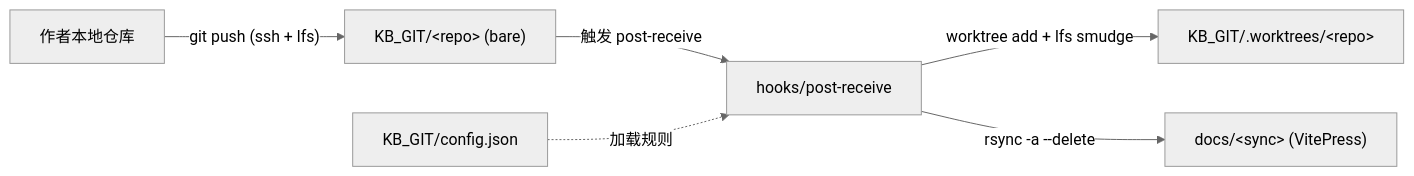
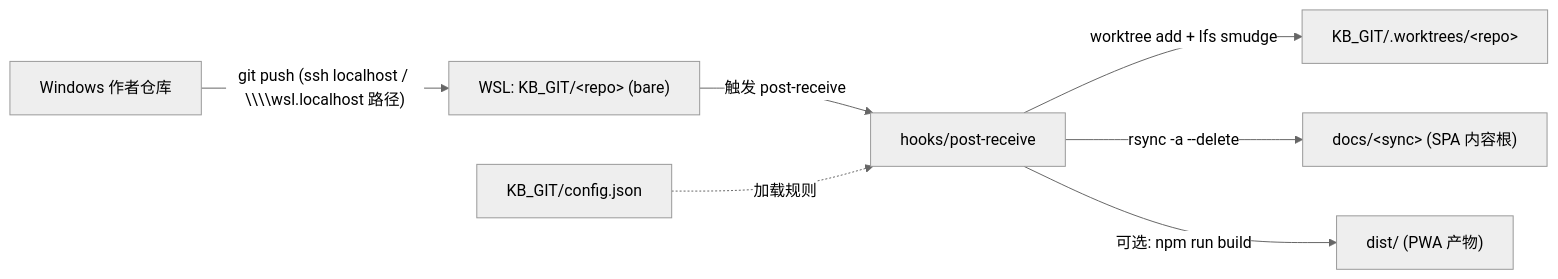
Before and after one commit to yceachan/yceachan.github.io: the diagram in KB_GIT/README.md, drawn with Mermaid (neutral theme). The commit also changed other lines of this file and 4 other files, not shown here.

````diff
--- a/KB_GIT/README.md
+++ b/KB_GIT/README.md
@@ -16,8 +15,9 @@
 ```mermaid
 flowchart LR
-  Author["作者本地仓库"] -- "git push (ssh + lfs)" --> Bare["KB_GIT/&lt;repo&gt; (bare)"]
-  Bare -- "触发 post-receive" --> Hook["hooks/post-receive"]
-  Hook -- "worktree add + lfs smudge" --> WT["KB_GIT/.worktrees/&lt;repo&gt;"]
-  Hook -- "rsync -a --delete" --> Docs["docs/&lt;sync&gt; (VitePress)"]
-  Config["KB_GIT/config.json"] -. "加载规则" .-> Hook
+  A["Windows 作者仓库"] -- "git push (ssh localhost / \\\\wsl.localhost 路径)" --> B["WSL: KB_GIT/&lt;repo&gt; (bare)"]
+  B -- "触发 post-receive" --> H["hooks/post-receive"]
+  H -- "worktree add + lfs smudge" --> W["KB_GIT/.worktrees/&lt;repo&gt;"]
+  H -- "rsync -a --delete" --> D["docs/&lt;sync&gt; (SPA 内容根)"]
+  H -- "可选: npm run build" --> S["dist/ (PWA 产物)"]
+  C["KB_GIT/config.json"] -. "加载规则" .-> H
 ```
````
